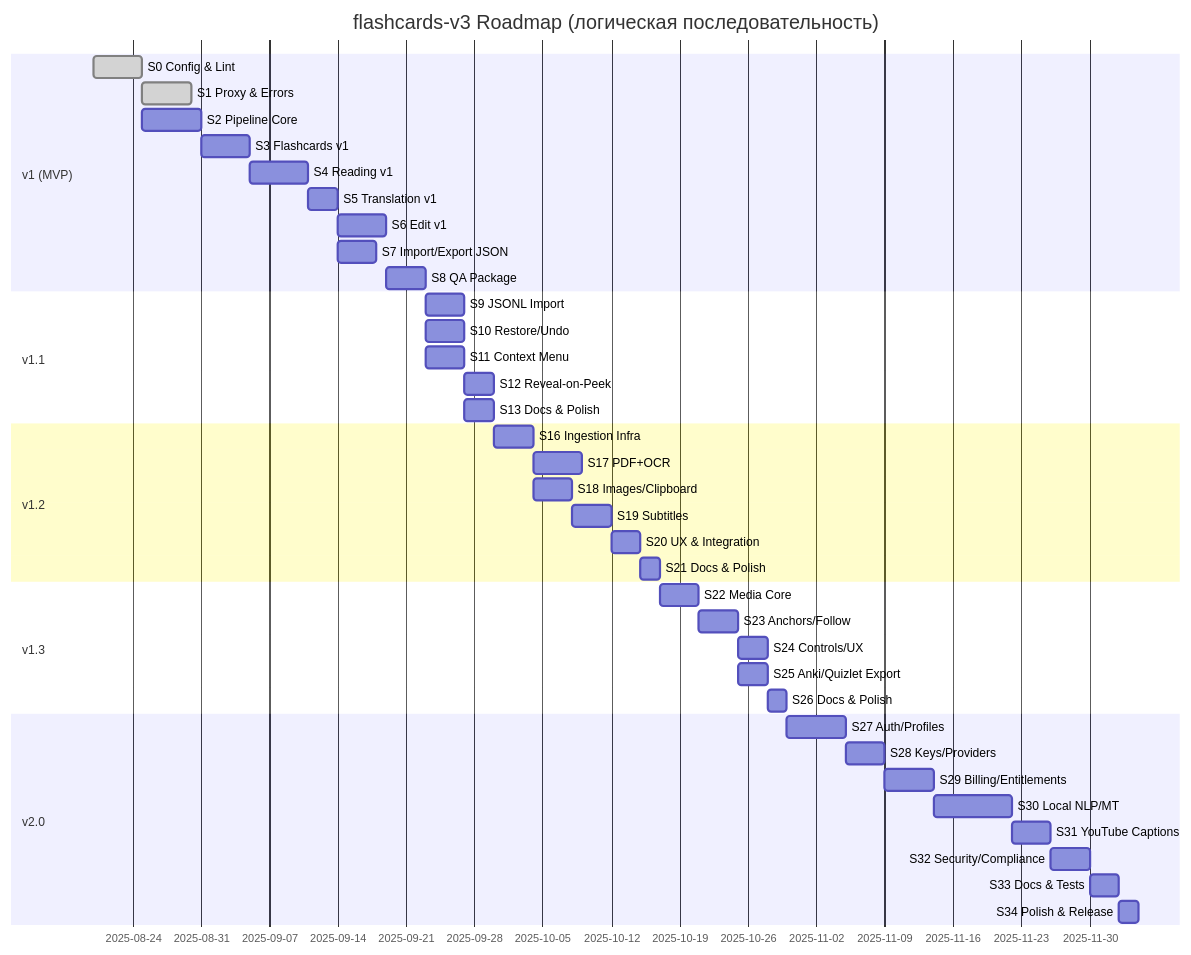
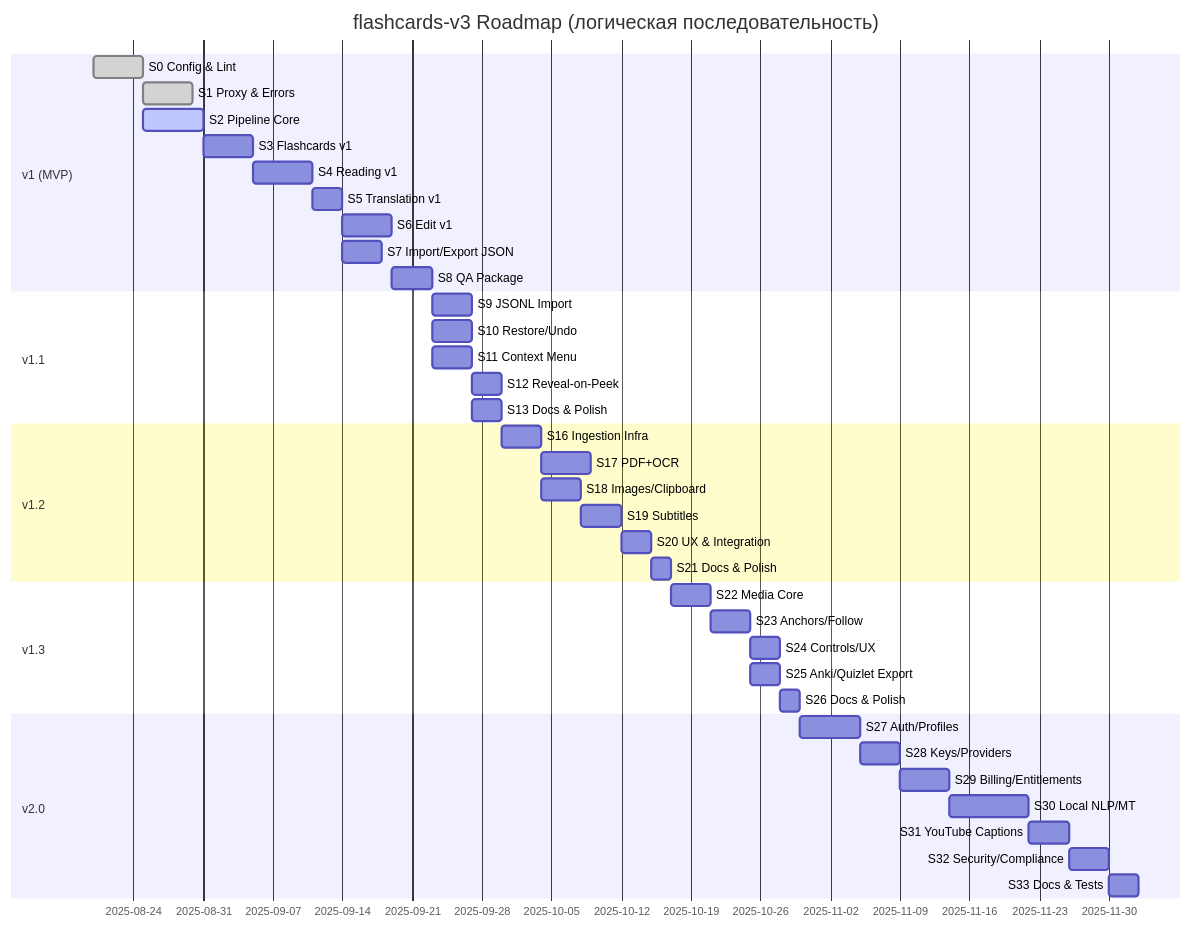
One commit to nn1k4/flashcards-v3 changed the diagram in doc/roadmap/roadmap.md. Above: the diagram before and after it, drawn with Mermaid. The commit also changed other lines of this file and 4 other files, not shown here.

First line of the commit message:
Document S2 pipeline core implementation and API

````diff
--- a/doc/roadmap/roadmap.md
+++ b/doc/roadmap/roadmap.md
@@ -50,43 +50,42 @@
 ```mermaid
 gantt
 title flashcards-v3 Roadmap (логическая последовательность)
 dateFormat  YYYY-MM-DD
 section v1 (MVP)
 S0 Config & Lint           :done,   s0, 2025-08-20, 5d
 S1 Proxy & Errors          :done,   s1, after s0, 5d
-S2 Pipeline Core           :        s2, after s0, 6d
+S2 Pipeline Core           :active, s2, after s0, 6d
 S3 Flashcards v1           :        s3, after s2, 5d
 S4 Reading v1              :        s4, after s3, 6d
 S5 Translation v1          :        s5, after s4, 3d
 S6 Edit v1                 :        s6, after s5, 5d
 S7 Import/Export JSON      :        s7, after s5, 4d
 S8 QA Package              :        s8, after s6, 4d
 section v1.1
 S9 JSONL Import            :        s9,  after s8, 4d
 S10 Restore/Undo           :        s10, after s8, 4d
 S11 Context Menu           :        s11, after s8, 4d
 S12 Reveal-on-Peek         :        s12, after s11, 3d
 S13 Docs & Polish          :        s13, after s9,  3d
 section v1.2
 S16 Ingestion Infra        :        s16, after s13, 4d
 S17 PDF+OCR                :        s17, after s16, 5d
 S18 Images/Clipboard       :        s18, after s16, 4d
 S19 Subtitles              :        s19, after s18, 4d
 S20 UX & Integration       :        s20, after s19, 3d
 S21 Docs & Polish          :        s21, after s20, 2d
 section v1.3
 S22 Media Core             :        s22, after s21, 4d
 S23 Anchors/Follow         :        s23, after s22, 4d
 S24 Controls/UX            :        s24, after s23, 3d
 S25 Anki/Quizlet Export    :        s25, after s23, 3d
 S26 Docs & Polish          :        s26, after s25, 2d
 section v2.0
 S27 Auth/Profiles          :        s27, after s26, 6d
 S28 Keys/Providers         :        s28, after s27, 4d
 S29 Billing/Entitlements   :        s29, after s28, 5d
 S30 Local NLP/MT           :        s30, after s29, 8d
 S31 YouTube Captions       :        s31, after s30, 4d
 S32 Security/Compliance    :        s32, after s31, 4d
 S33 Docs & Tests           :        s33, after s32, 3d
-S34 Polish & Release       :        s34, after s33, 2d
 ```
````
